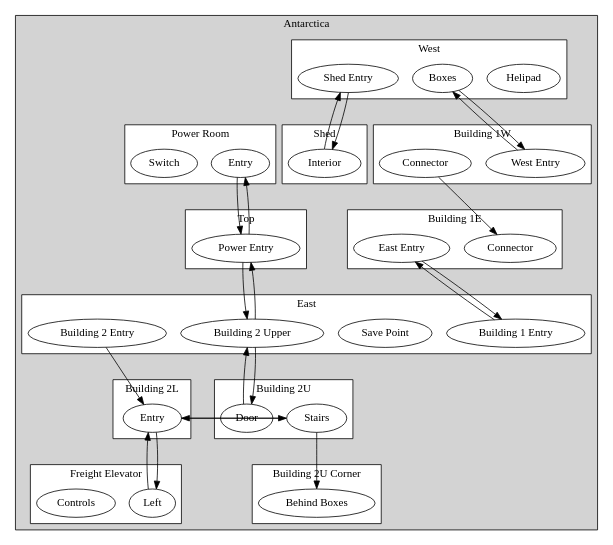
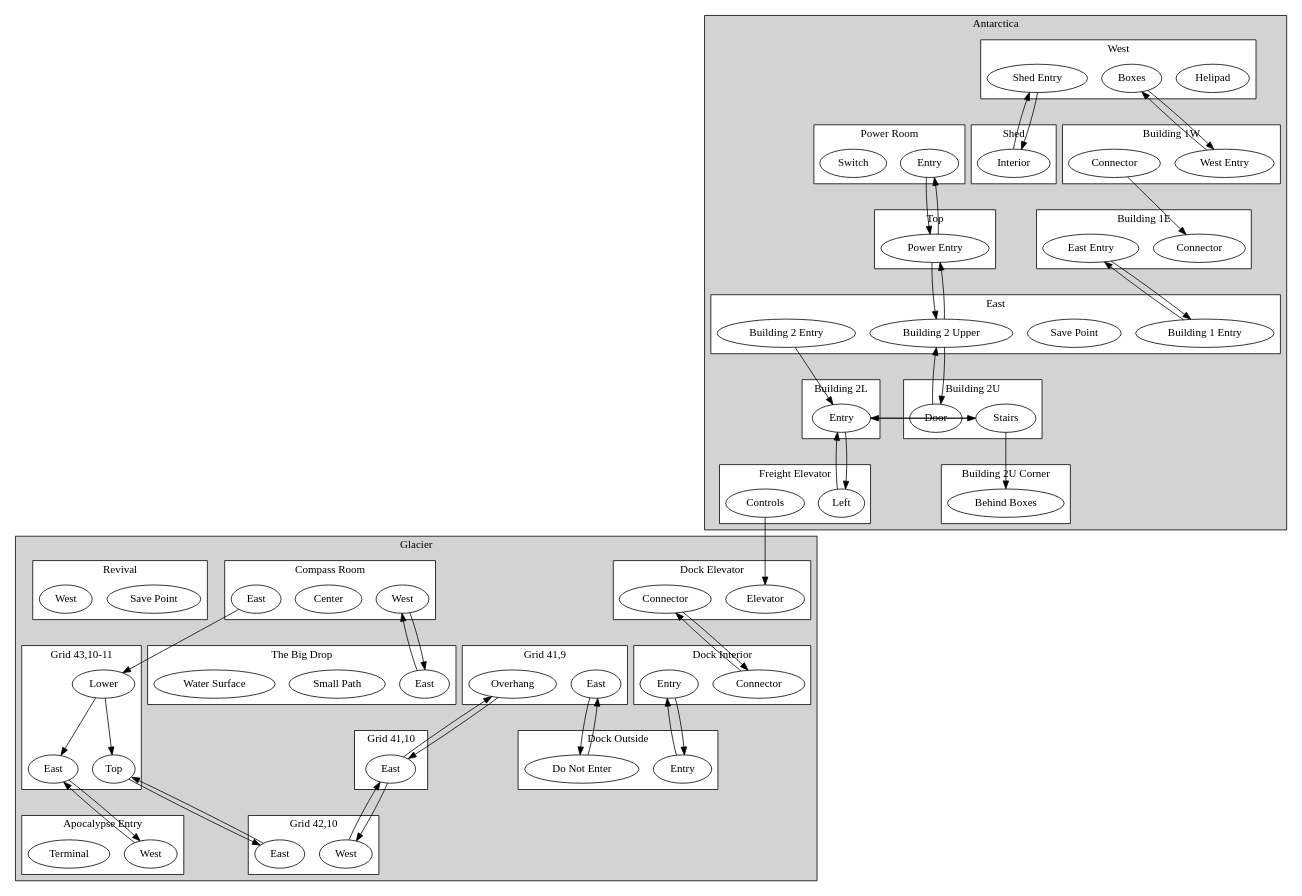
One commit to Zannick/logic-graph changed the diagram in games/AxiomVerge2/digraph.dot. Above: the diagram before and after it, drawn with Graphviz. The commit also changed 15 other files, not shown here.

```diff
--- a/games/AxiomVerge2/digraph.dot
+++ b/games/AxiomVerge2/digraph.dot
@@ -1,92 +1,184 @@
 digraph AxiomVerge2 {
     splines=line;
     ranksep=1.0;
     subgraph cluster_Antarctica {
         subgraph cluster_Antarctica__West {
             Antarctica__West__Helipad [label = "Helipad"];
             Antarctica__West__Shed_Entry [label = "Shed Entry"];
             Antarctica__West__Boxes [label = "Boxes"];
             label = "West";
             bgcolor = "white";
         }
         subgraph cluster_Antarctica__Shed {
             Antarctica__Shed__Interior [label = "Interior"];
             label = "Shed";
             bgcolor = "white";
         }
         subgraph cluster_Antarctica__Building_1W {
             Antarctica__Building_1W__West_Entry [label = "West Entry"];
             Antarctica__Building_1W__Connector [label = "Connector"];
             label = "Building 1W";
             bgcolor = "white";
         }
         subgraph cluster_Antarctica__Building_1E {
             Antarctica__Building_1E__Connector [label = "Connector"];
             Antarctica__Building_1E__East_Entry [label = "East Entry"];
             label = "Building 1E";
             bgcolor = "white";
         }
         subgraph cluster_Antarctica__East {
             Antarctica__East__Building_1_Entry [label = "Building 1 Entry"];
             Antarctica__East__Save_Point [label = "Save Point"];
             Antarctica__East__Building_2_Entry [label = "Building 2 Entry"];
             Antarctica__East__Building_2_Upper [label = "Building 2 Upper"];
             label = "East";
             bgcolor = "white";
         }
         subgraph cluster_Antarctica__Building_2L {
             Antarctica__Building_2L__Entry [label = "Entry"];
             label = "Building 2L";
             bgcolor = "white";
         }
         subgraph cluster_Antarctica__Building_2U {
             Antarctica__Building_2U__Stairs [label = "Stairs"];
             Antarctica__Building_2U__Door [label = "Door"];
             label = "Building 2U";
             bgcolor = "white";
         }
         subgraph cluster_Antarctica__Building_2U_Corner {
             Antarctica__Building_2U_Corner__Behind_Boxes [label = "Behind Boxes"];
             label = "Building 2U Corner";
             bgcolor = "white";
         }
         subgraph cluster_Antarctica__Top {
             Antarctica__Top__Power_Entry [label = "Power Entry"];
             label = "Top";
             bgcolor = "white";
         }
         subgraph cluster_Antarctica__Power_Room {
             Antarctica__Power_Room__Entry [label = "Entry"];
             Antarctica__Power_Room__Switch [label = "Switch"];
             label = "Power Room";
             bgcolor = "white";
         }
         subgraph cluster_Antarctica__Freight_Elevator {
             Antarctica__Freight_Elevator__Left [label = "Left"];
             Antarctica__Freight_Elevator__Controls [label = "Controls"];
             label = "Freight Elevator";
             bgcolor = "white";
         }
         label = "Antarctica";
         bgcolor = "lightgrey";
     }
+    subgraph cluster_Glacier {
+        subgraph cluster_Glacier__Dock_Elevator {
+            Glacier__Dock_Elevator__Elevator [label = "Elevator"];
+            Glacier__Dock_Elevator__Connector [label = "Connector"];
+            label = "Dock Elevator";
+            bgcolor = "white";
+        }
+        subgraph cluster_Glacier__Dock_Interior {
+            Glacier__Dock_Interior__Connector [label = "Connector"];
+            Glacier__Dock_Interior__Entry [label = "Entry"];
+            label = "Dock Interior";
+            bgcolor = "white";
+        }
+        subgraph cluster_Glacier__Dock_Outside {
+            Glacier__Dock_Outside__Entry [label = "Entry"];
+            Glacier__Dock_Outside__Do_Not_Enter [label = "Do Not Enter"];
+            label = "Dock Outside";
+            bgcolor = "white";
+        }
+        subgraph cluster_Glacier__Grid_419 {
+            Glacier__Grid_419__East [label = "East"];
+            Glacier__Grid_419__Overhang [label = "Overhang"];
+            label = "Grid 41,9";
+            bgcolor = "white";
+        }
+        subgraph cluster_Glacier__Grid_4110 {
+            Glacier__Grid_4110__East [label = "East"];
+            label = "Grid 41,10";
+            bgcolor = "white";
+        }
+        subgraph cluster_Glacier__Grid_4210 {
+            Glacier__Grid_4210__West [label = "West"];
+            Glacier__Grid_4210__East [label = "East"];
+            label = "Grid 42,10";
+            bgcolor = "white";
+        }
+        subgraph cluster_Glacier__Grid_431011 {
+            Glacier__Grid_431011__Top [label = "Top"];
+            Glacier__Grid_431011__East [label = "East"];
+            Glacier__Grid_431011__Lower [label = "Lower"];
+            label = "Grid 43,10-11";
+            bgcolor = "white";
+        }
+        subgraph cluster_Glacier__Compass_Room {
+            Glacier__Compass_Room__East [label = "East"];
+            Glacier__Compass_Room__Center [label = "Center"];
+            Glacier__Compass_Room__West [label = "West"];
+            label = "Compass Room";
+            bgcolor = "white";
+        }
+        subgraph cluster_Glacier__The_Big_Drop {
+            Glacier__The_Big_Drop__East [label = "East"];
+            Glacier__The_Big_Drop__Small_Path [label = "Small Path"];
+            Glacier__The_Big_Drop__Water_Surface [label = "Water Surface"];
+            label = "The Big Drop";
+            bgcolor = "white";
+        }
+        subgraph cluster_Glacier__Revival {
+            Glacier__Revival__Save_Point [label = "Save Point"];
+            Glacier__Revival__West [label = "West"];
+            label = "Revival";
+            bgcolor = "white";
+        }
+        subgraph cluster_Glacier__Apocalypse_Entry {
+            Glacier__Apocalypse_Entry__West [label = "West"];
+            Glacier__Apocalypse_Entry__Terminal [label = "Terminal"];
+            label = "Apocalypse Entry";
+            bgcolor = "white";
+        }
+        label = "Glacier";
+        bgcolor = "lightgrey";
+    }
     Antarctica__West__Shed_Entry -> Antarctica__Shed__Interior;
     Antarctica__West__Boxes -> Antarctica__Building_1W__West_Entry;
     Antarctica__Shed__Interior -> Antarctica__West__Shed_Entry;
     Antarctica__Building_1W__West_Entry -> Antarctica__West__Boxes;
     Antarctica__Building_1W__Connector -> Antarctica__Building_1E__Connector;
     Antarctica__Building_1E__East_Entry -> Antarctica__East__Building_1_Entry;
     Antarctica__East__Building_1_Entry -> Antarctica__Building_1E__East_Entry;
     Antarctica__East__Building_2_Entry -> Antarctica__Building_2L__Entry;
     Antarctica__East__Building_2_Upper -> Antarctica__Building_2U__Door;
     Antarctica__East__Building_2_Upper -> Antarctica__Top__Power_Entry;
     Antarctica__Building_2L__Entry -> Antarctica__Building_2U__Stairs;
     Antarctica__Building_2L__Entry -> Antarctica__Freight_Elevator__Left;
     Antarctica__Building_2U__Stairs -> Antarctica__Building_2U_Corner__Behind_Boxes;
     Antarctica__Building_2U__Stairs -> Antarctica__Building_2L__Entry;
     Antarctica__Building_2U__Door -> Antarctica__East__Building_2_Upper;
     Antarctica__Top__Power_Entry -> Antarctica__Power_Room__Entry;
     Antarctica__Top__Power_Entry -> Antarctica__East__Building_2_Upper;
     Antarctica__Power_Room__Entry -> Antarctica__Top__Power_Entry;
     Antarctica__Freight_Elevator__Left -> Antarctica__Building_2L__Entry;
+    Antarctica__Freight_Elevator__Controls -> Glacier__Dock_Elevator__Elevator;
+    Glacier__Dock_Elevator__Connector -> Glacier__Dock_Interior__Connector;
+    Glacier__Dock_Interior__Connector -> Glacier__Dock_Elevator__Connector;
+    Glacier__Dock_Interior__Entry -> Glacier__Dock_Outside__Entry;
+    Glacier__Dock_Outside__Entry -> Glacier__Dock_Interior__Entry;
+    Glacier__Dock_Outside__Do_Not_Enter -> Glacier__Grid_419__East;
+    Glacier__Grid_419__East -> Glacier__Dock_Outside__Do_Not_Enter;
+    Glacier__Grid_419__Overhang -> Glacier__Grid_4110__East;
+    Glacier__Grid_4110__East -> Glacier__Grid_419__Overhang;
+    Glacier__Grid_4110__East -> Glacier__Grid_4210__West;
+    Glacier__Grid_4210__West -> Glacier__Grid_4110__East;
+    Glacier__Grid_4210__East -> Glacier__Grid_431011__Top;
+    Glacier__Grid_431011__Top -> Glacier__Grid_4210__East;
+    Glacier__Grid_431011__East -> Glacier__Apocalypse_Entry__West;
+    Glacier__Grid_431011__Lower -> Glacier__Grid_431011__Top;
+    Glacier__Grid_431011__Lower -> Glacier__Grid_431011__East;
+    Glacier__Compass_Room__East -> Glacier__Grid_431011__Lower;
+    Glacier__Compass_Room__West -> Glacier__The_Big_Drop__East;
+    Glacier__The_Big_Drop__East -> Glacier__Compass_Room__West;
+    Glacier__Apocalypse_Entry__West -> Glacier__Grid_431011__East;
 }
```
